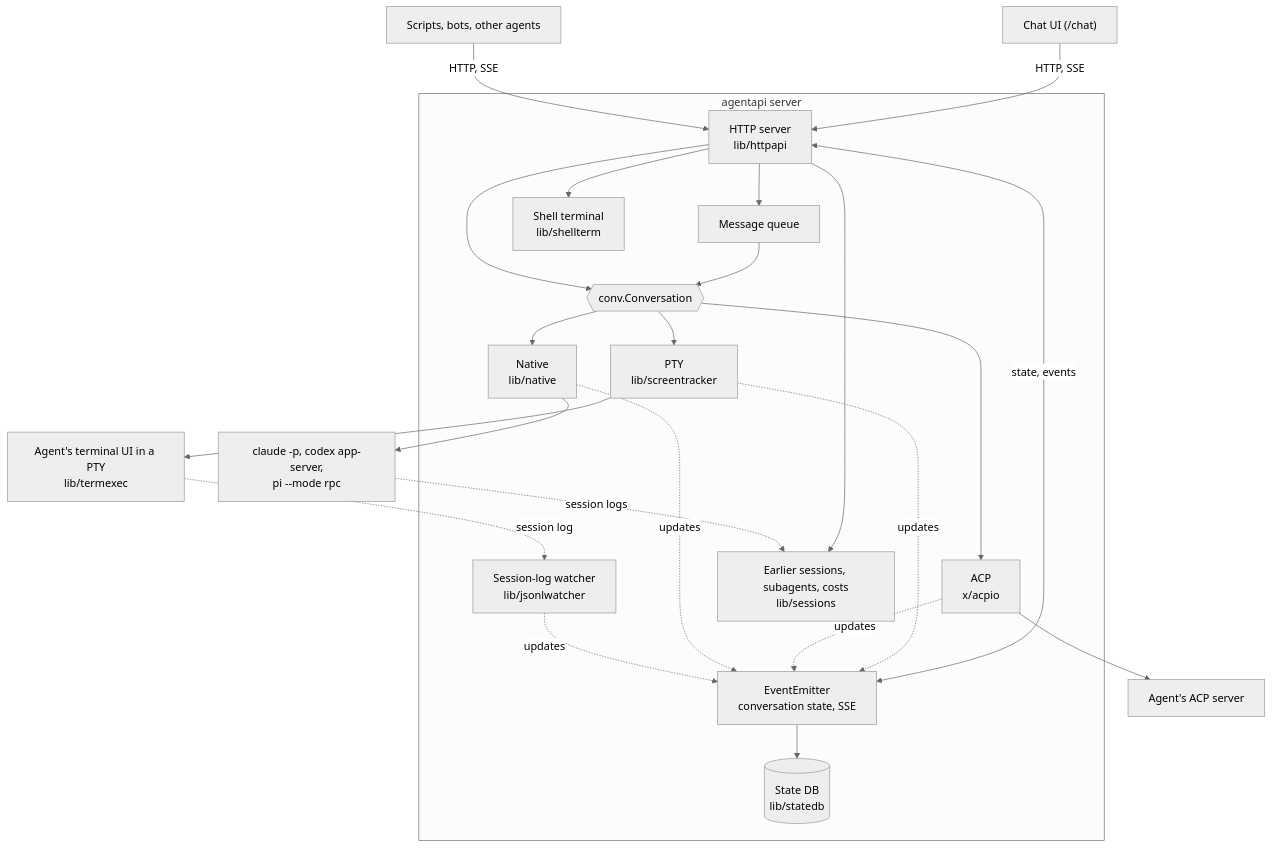
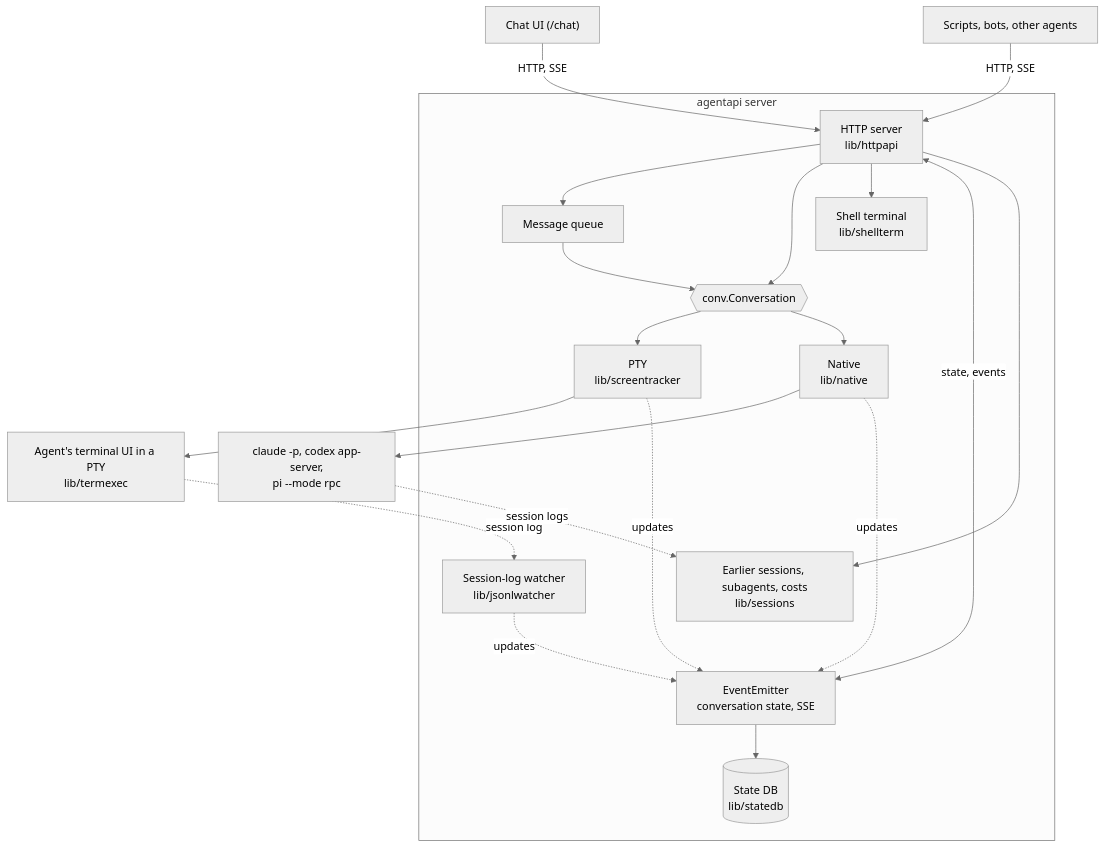
The first of 3 diagrams in docs/architecture.md (k1dav-c/agentapi), drawn with Mermaid (neutral theme) before and after one commit. The commit also changed other lines of this file and 39 other files, not shown here.

````diff
--- a/docs/architecture.md
+++ b/docs/architecture.md
@@ -34,38 +33,34 @@
 ```mermaid
 flowchart TB
   chat["Chat UI (/chat)"]
   tools["Scripts, bots, other agents"]
   subgraph server["agentapi server"]
     http["HTTP server<br/>lib/httpapi"]
     queue["Message queue"]
     emitter["EventEmitter<br/>conversation state, SSE"]
     db[("State DB<br/>lib/statedb")]
     shell["Shell terminal<br/>lib/shellterm"]
     conv{{"conv.Conversation"}}
     pty["PTY<br/>lib/screentracker"]
-    acp["ACP<br/>x/acpio"]
     native["Native<br/>lib/native"]
     jsonl["Session-log watcher<br/>lib/jsonlwatcher"]
     sessions["Earlier sessions, subagents, costs<br/>lib/sessions"]
   end
   tui["Agent's terminal UI in a PTY<br/>lib/termexec"]
-  acpagent["Agent's ACP server"]
   proto["claude -p, codex app-server,<br/>pi --mode rpc"]
   chat -- "HTTP, SSE" --> http
   tools -- "HTTP, SSE" --> http
   http --> queue --> conv
   http --> conv
   http --> shell
   http <-- "state, events" --> emitter
   emitter --> db
   conv --> pty --> tui
-  conv --> acp --> acpagent
   conv --> native --> proto
   tui -. "session log" .-> jsonl
   pty -. "updates" .-> emitter
-  acp -. "updates" .-> emitter
   native -. "updates" .-> emitter
   jsonl -. "updates" .-> emitter
   http --> sessions
   proto -. "session logs" .-> sessions
 ```
````
